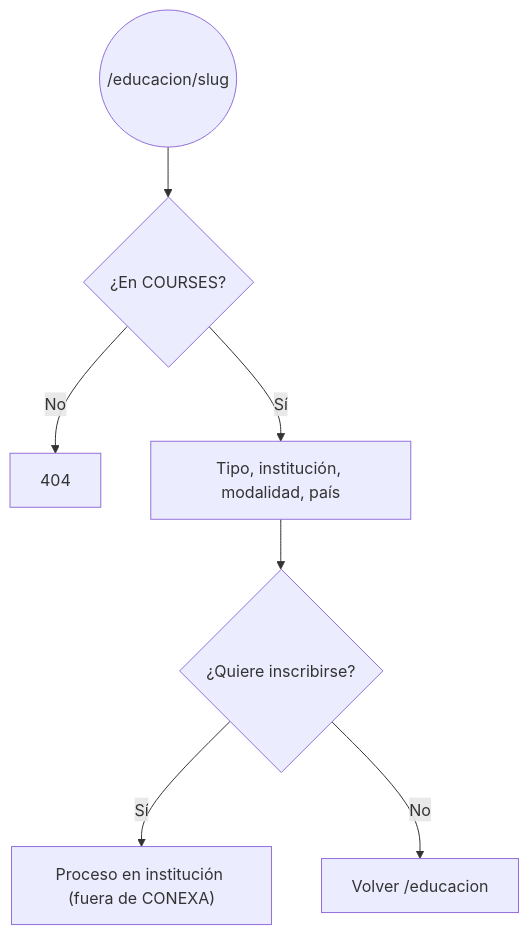
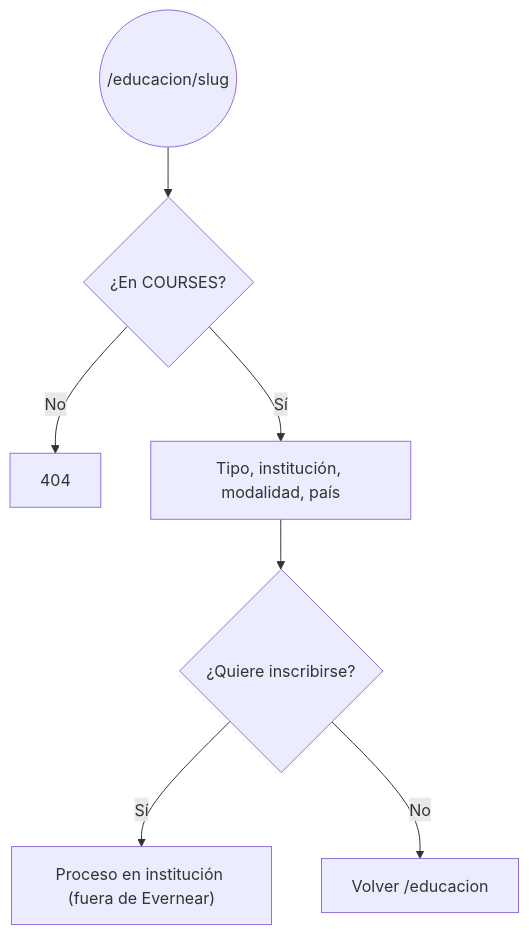
Diagram 21 of 28 in docs/mapas-decision-rutas.md (evernear-ig/evernear-site), drawn with Mermaid before and after one commit. The commit also changed other lines of this file and 264 other files, not shown here.

First line of the commit message:
Rebrand codebase from Trinexus/CONEXA to Evernear.

````diff
--- a/docs/mapas-decision-rutas.md
+++ b/docs/mapas-decision-rutas.md
@@ -366,9 +366,9 @@
 ```mermaid
 flowchart TD
   Start((/educacion/slug)) --> Found{¿En COURSES?}
   Found -->|No| NF["404"]
   Found -->|Sí| Read["Tipo, institución, modalidad, país"]
   Read --> Apply{¿Quiere inscribirse?}
-  Apply -->|Sí| Ext["Proceso en institución (fuera de CONEXA)"]
+  Apply -->|Sí| Ext["Proceso en institución (fuera de Evernear)"]
   Apply -->|No| Back["Volver /educacion"]
 ```
````
